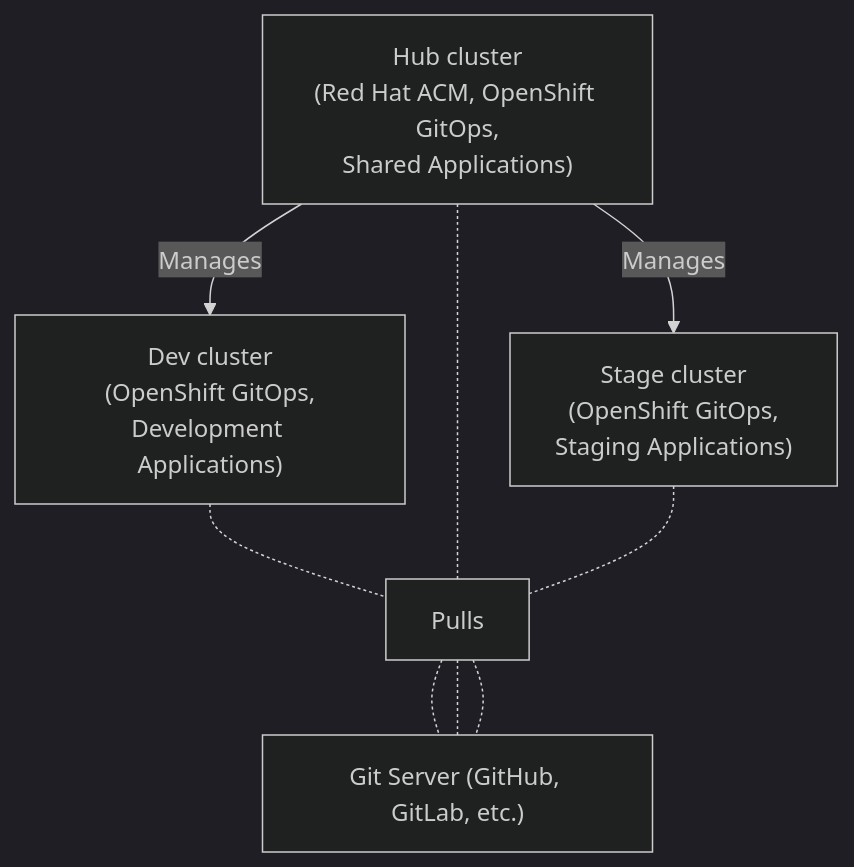
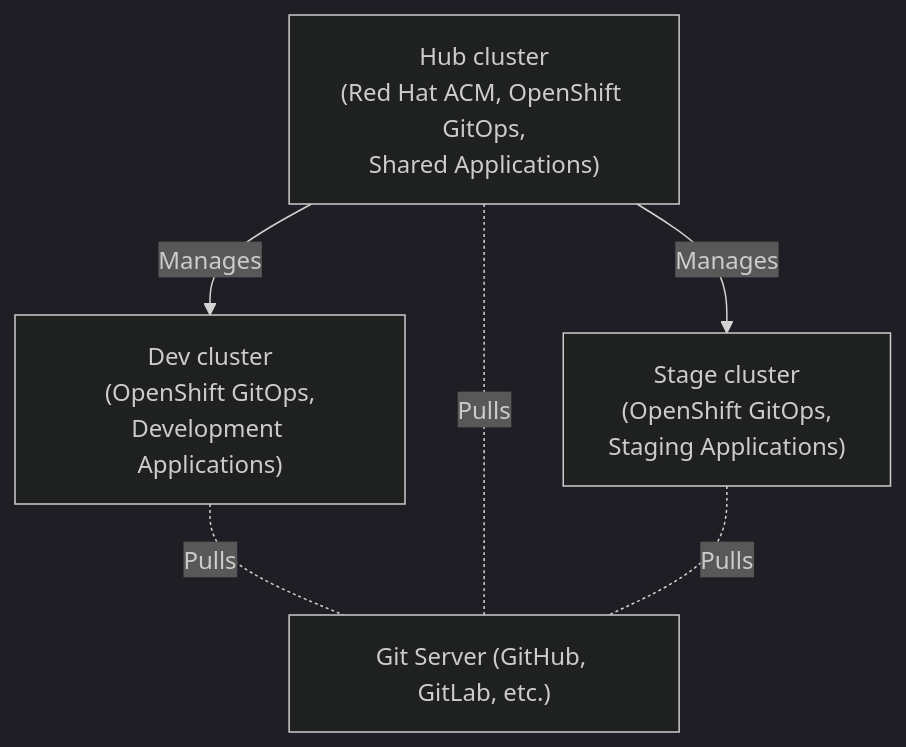
The first of 2 diagrams in profile/README.md (hello-world-gitops/.github), drawn with Mermaid (dark theme) before and after one commit.

Commit message:
Fix dotted link with text syntax

````diff
--- a/profile/README.md
+++ b/profile/README.md
@@ -20,8 +20,8 @@
 ```mermaid
 graph TD
         Hub["Hub cluster<br />(Red Hat ACM, OpenShift GitOps,<br />Shared Applications)"] -- Manages --> Dev["Dev cluster<br />(OpenShift GitOps,<br />Development Applications)"]
         Hub -- Manages --> Stage["Stage cluster<br />(OpenShift GitOps,<br />Staging Applications)"]
-        Dev -.- Pulls -.- Git
-        Hub -.- Pulls -.- Git["Git Server (GitHub, GitLab, etc.)"]
-        Stage -.- Pulls -.- Git
+        Dev -. Pulls .- Git
+        Hub -. Pulls .- Git["Git Server (GitHub, GitLab, etc.)"]
+        Stage -. Pulls .- Git
 ```
````
